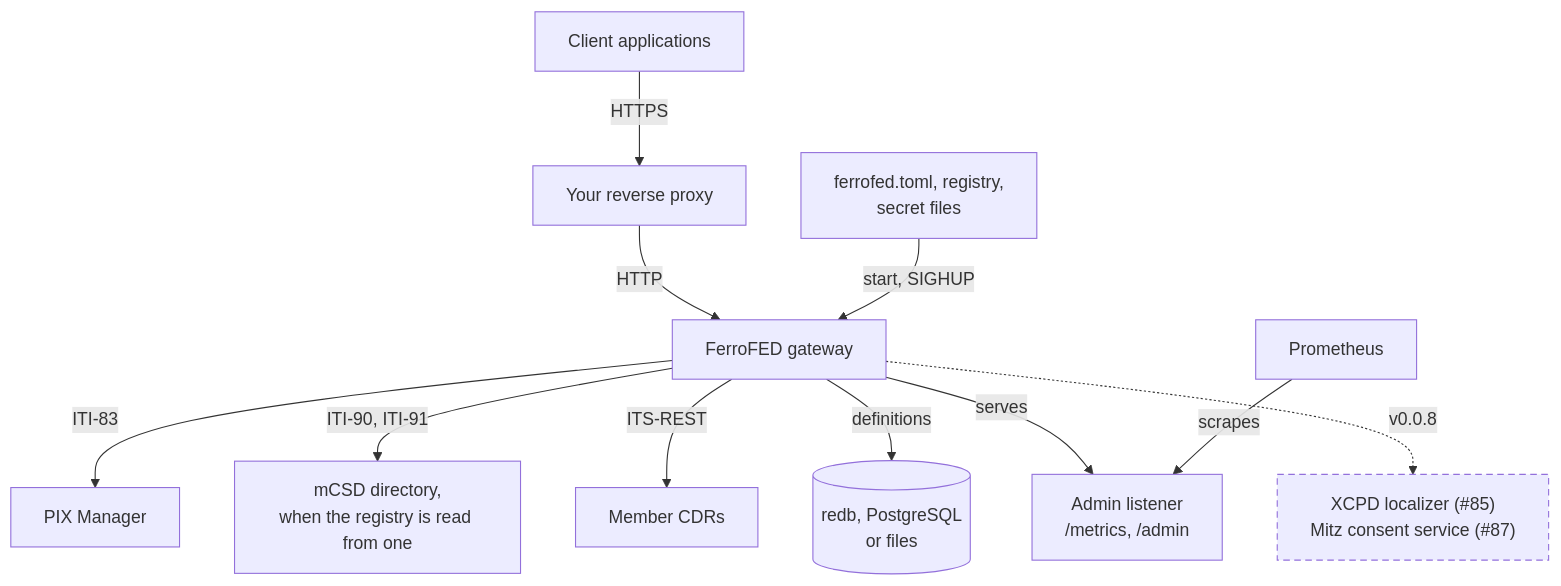
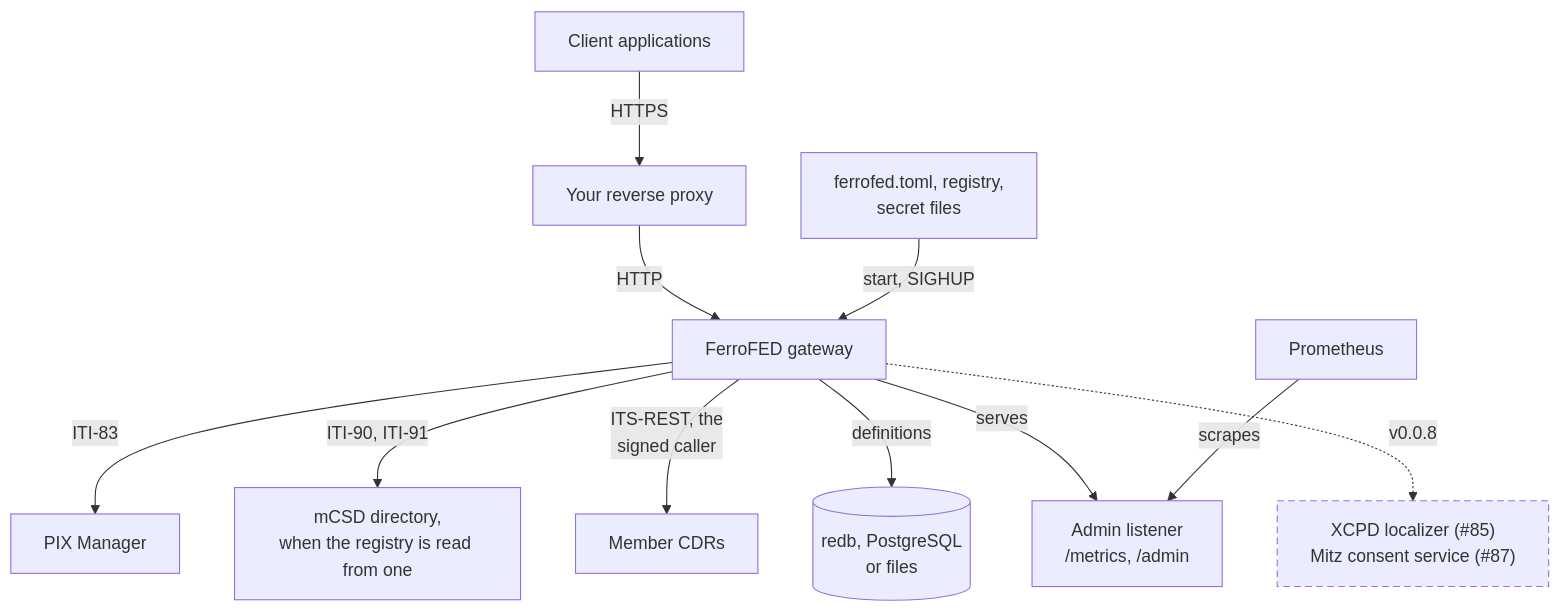
Before and after one commit to FerroHEALTH/FerroFED: the second of 3 diagrams in website/book/src/how-it-works/deployment.md, drawn with Mermaid. The commit also changed other lines of this file and 111 other files, not shown here.

````diff
--- a/website/book/src/how-it-works/deployment.md
+++ b/website/book/src/how-it-works/deployment.md
@@ -56,14 +56,14 @@
 ```mermaid
 flowchart TB
     classDef planned stroke-dasharray: 6 4
     clients["Client applications"] -->|"HTTPS"| proxy["Your reverse proxy"]
     proxy -->|"HTTP"| gw["FerroFED gateway"]
     cfg["ferrofed.toml, registry,<br/>secret files"] -->|"start, SIGHUP"| gw
     gw -->|"ITI-83"| pix["PIX Manager"]
     gw -->|"ITI-90, ITI-91"| mcsd["mCSD directory,<br/>when the registry is read from one"]
-    gw -->|"ITS-REST"| nodes["Member CDRs"]
+    gw -->|"ITS-REST, the<br/>signed caller"| nodes["Member CDRs"]
     gw -->|"definitions"| store[("redb, PostgreSQL<br/>or files")]
     gw -->|"serves"| admin["Admin listener<br/>/metrics, /admin"]
     prom["Prometheus"] -->|"scrapes"| admin
     gw -.->|"v0.0.8"| planned["XCPD localizer (#85)<br/>Mitz consent service (#87)"]:::planned
 ```
````
